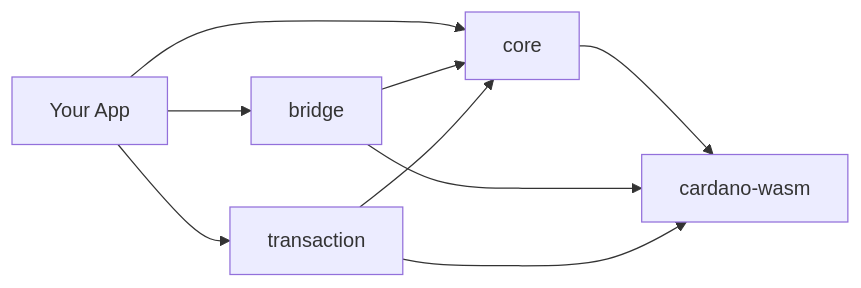
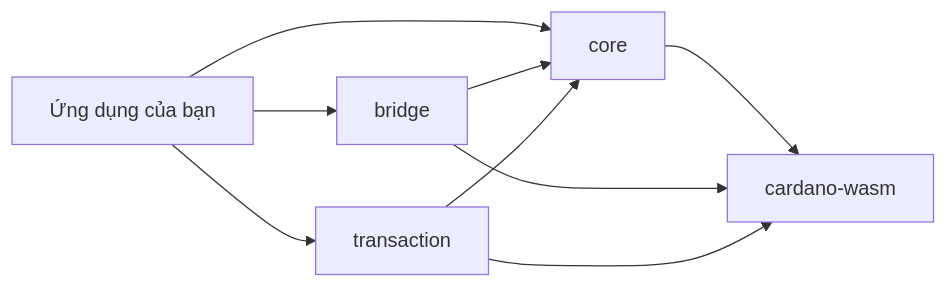
One commit to Vtechcom/hydra-sdk changed the diagram in apps/docs/content/vi/1.getting-started/1.index.md. Above: the diagram before and after it, drawn with Mermaid. The commit also changed other lines of this file and 1 other file, not shown here.

````diff
--- a/apps/docs/content/vi/1.getting-started/1.index.md
+++ b/apps/docs/content/vi/1.getting-started/1.index.md
@@ -65,12 +63,12 @@
 ```mermaid
 graph LR
-    A[Your App] --> B[core]
+    A[Ứng dụng của bạn] --> B[core]
     A --> C[bridge]
     A --> D[transaction]
     
     B --> E[cardano-wasm]
     C --> B
     C --> E
     D --> B
     D --> E
 ```
````
